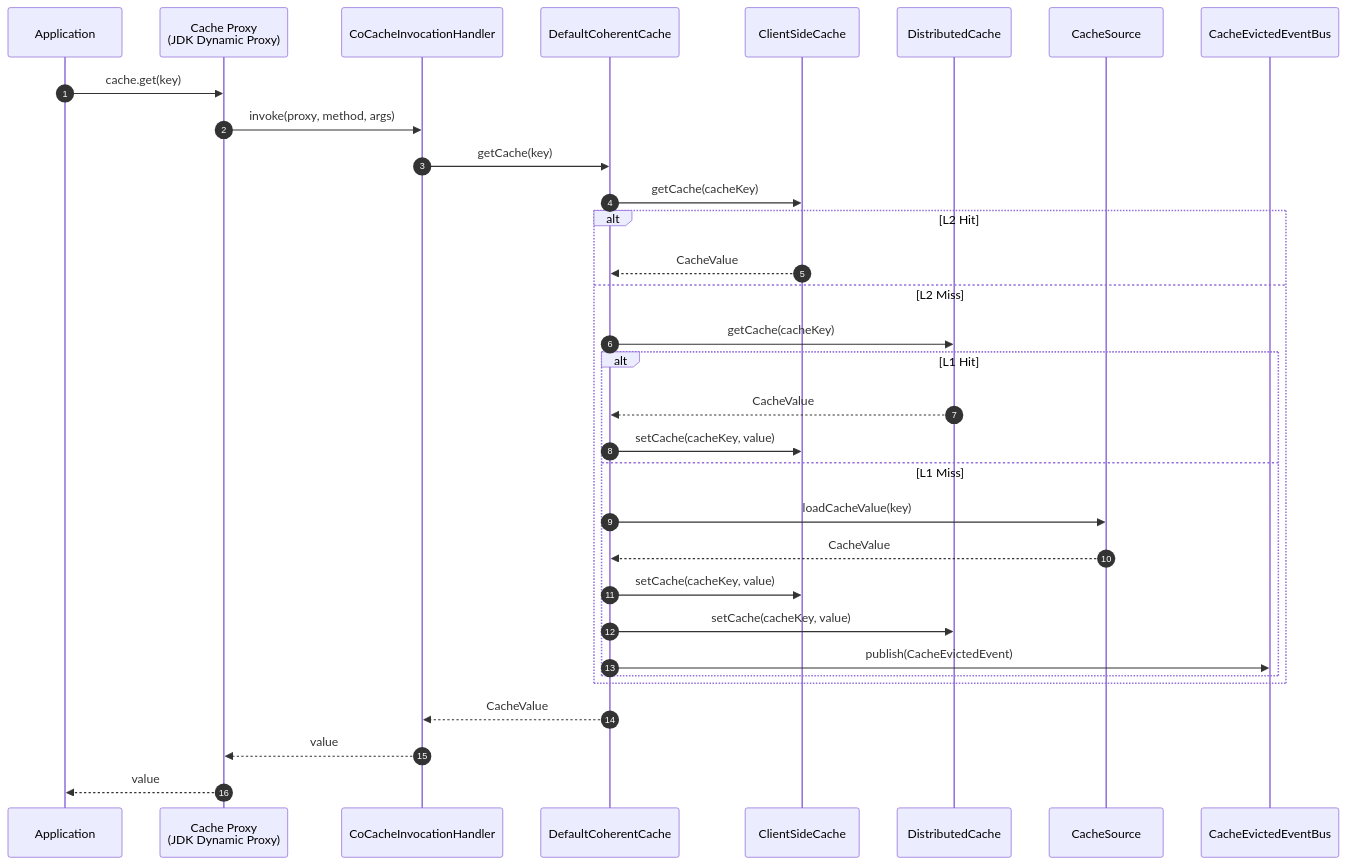
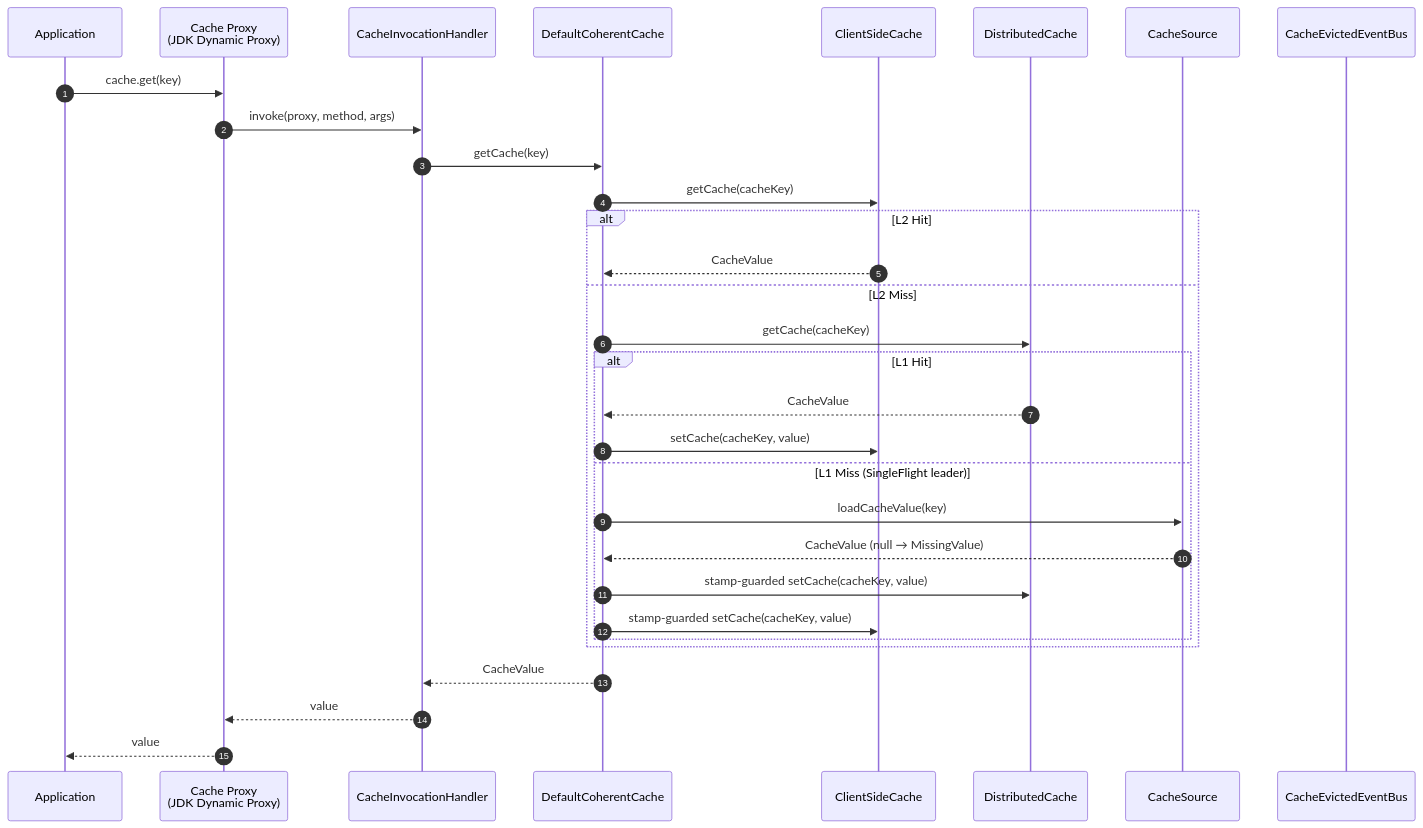
The third of 5 diagrams in wiki/api/index.md (Ahoo-Wang/CoCache), drawn with Mermaid before and after one commit. The commit also changed other lines of this file and 256 other files, not shown here.

````diff
--- a/wiki/api/index.md
+++ b/wiki/api/index.md
@@ -167,35 +158,34 @@
 ```mermaid
 sequenceDiagram
 autonumber
     participant App as Application
     participant Proxy as Cache Proxy<br>(JDK Dynamic Proxy)
-    participant Handler as CoCacheInvocationHandler
+    participant Handler as CacheInvocationHandler
     participant Coherent as DefaultCoherentCache
     participant L2 as ClientSideCache
     participant L1 as DistributedCache
     participant L0 as CacheSource
     participant Bus as CacheEvictedEventBus
 
     App->>Proxy: cache.get(key)
     Proxy->>Handler: invoke(proxy, method, args)
     Handler->>Coherent: getCache(key)
     Coherent->>L2: getCache(cacheKey)
     alt L2 Hit
         L2-->>Coherent: CacheValue
     else L2 Miss
         Coherent->>L1: getCache(cacheKey)
         alt L1 Hit
             L1-->>Coherent: CacheValue
             Coherent->>L2: setCache(cacheKey, value)
-        else L1 Miss
+        else L1 Miss (SingleFlight leader)
             Coherent->>L0: loadCacheValue(key)
-            L0-->>Coherent: CacheValue
-            Coherent->>L2: setCache(cacheKey, value)
-            Coherent->>L1: setCache(cacheKey, value)
-            Coherent->>Bus: publish(CacheEvictedEvent)
+            L0-->>Coherent: CacheValue (null → MissingValue)
+            Coherent->>L1: stamp-guarded setCache(cacheKey, value)
+            Coherent->>L2: stamp-guarded setCache(cacheKey, value)
         end
     end
     Coherent-->>Handler: CacheValue
     Handler-->>Proxy: value
     Proxy-->>App: value
 ```
````
